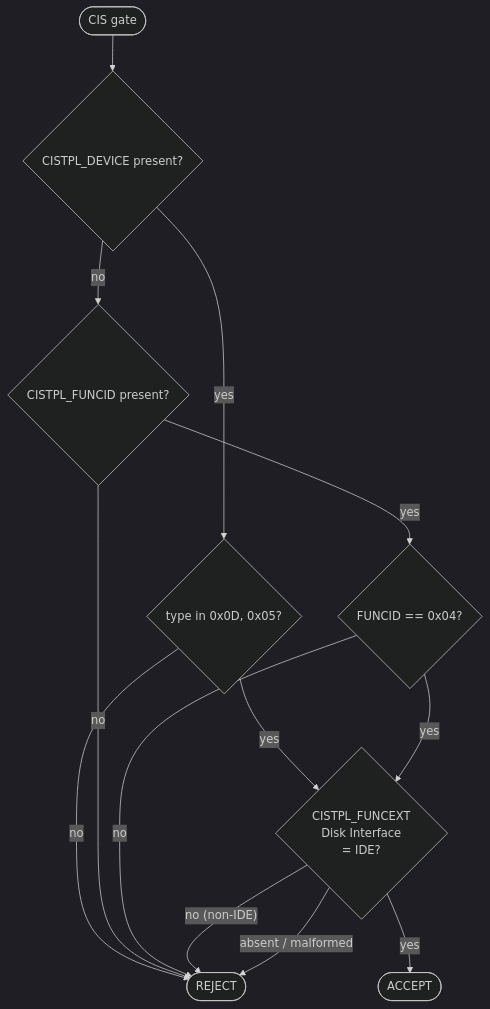
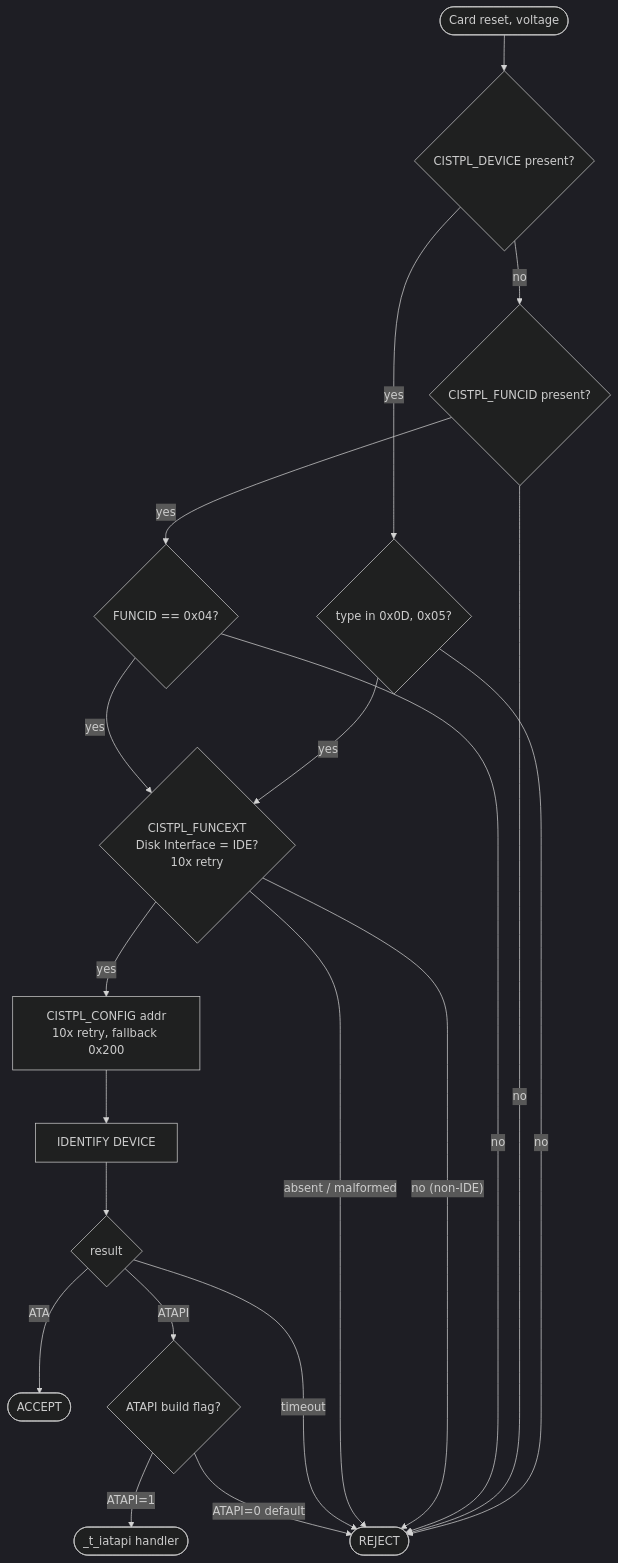
The first of 3 diagrams in README.md (pulchart/cfd), drawn with Mermaid (dark theme) before and after one commit. The commit also changed other lines of this file and 5 other files, not shown here.

First line of the commit message:
cfd: FUNCEXT retry, ATAPI handler is compiled out by default

````diff
--- a/README.md
+++ b/README.md
@@ -556,15 +557,22 @@
 ```mermaid
 flowchart TD
-    Start([CIS gate]) --> HasDev{CISTPL_DEVICE present?}
+    Start([Card reset, voltage]) --> HasDev{CISTPL_DEVICE present?}
     HasDev -- yes --> DevType{type in 0x0D, 0x05?}
     DevType -- no --> Reject([REJECT])
-    DevType -- yes --> FuncExt{CISTPL_FUNCEXT<br/>Disk Interface<br/>= IDE?}
+    DevType -- yes --> FuncExt{CISTPL_FUNCEXT<br/>Disk Interface = IDE?<br/>10x retry}
     HasDev -- no --> HasFunc{CISTPL_FUNCID present?}
     HasFunc -- no --> Reject
     HasFunc -- yes --> FuncId{FUNCID == 0x04?}
     FuncId -- no --> Reject
     FuncId -- yes --> FuncExt
-    FuncExt -- yes --> Accept([ACCEPT])
+    FuncExt -- yes --> CfgAddr[CISTPL_CONFIG addr<br/>10x retry, fallback 0x200]
     FuncExt -- "no (non-IDE)" --> Reject
     FuncExt -- absent / malformed --> Reject
+    CfgAddr --> Identify[IDENTIFY DEVICE]
+    Identify --> IdResult{result}
+    IdResult -- ATA --> Accept([ACCEPT])
+    IdResult -- ATAPI --> AtapiBranch{ATAPI build flag?}
+    IdResult -- timeout --> Reject
+    AtapiBranch -- ATAPI=1 --> Iatapi([_t_iatapi handler])
+    AtapiBranch -- ATAPI=0 default --> Reject
 ```
````
